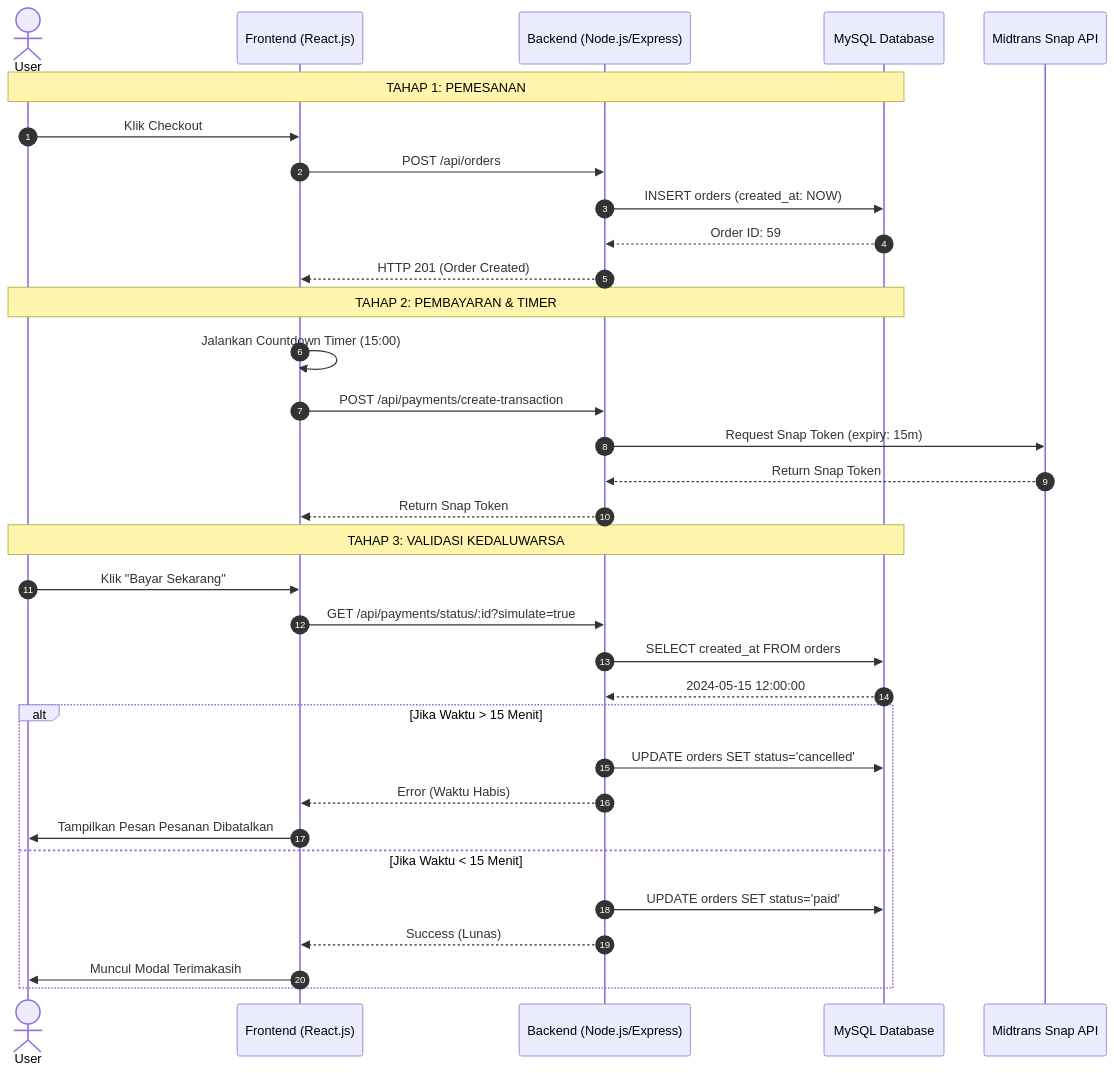
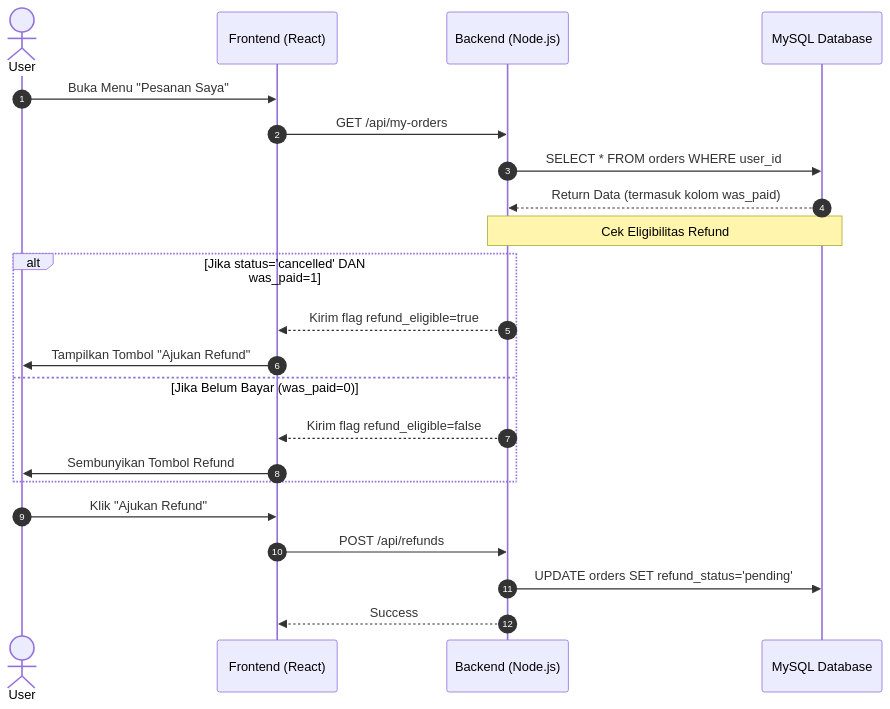
Before and after one commit to AkbarHusaini/website-reservasi-online-Ineri-suki: the third of 3 diagrams in DIAGRAM.md, drawn with Mermaid. The commit also changed other lines of this file, not shown here.

Commit message:
docs: final update for all UML diagrams (Skripsi edition)

````diff
--- a/DIAGRAM.md
+++ b/DIAGRAM.md
@@ -77,40 +83,27 @@
 ```mermaid
 sequenceDiagram
     autonumber
     actor User
-    participant FE as Frontend (React.js)
-    participant BE as Backend (Node.js/Express)
+    participant FE as Frontend (React)
+    participant BE as Backend (Node.js)
     participant DB as MySQL Database
-    participant PG as Midtrans Snap API
 
-    Note over User, DB: TAHAP 1: PEMESANAN
-    User->>FE: Klik Checkout
-    FE->>BE: POST /api/orders
-    BE->>DB: INSERT orders (created_at: NOW)
-    DB-->>BE: Order ID: 59
-    BE-->>FE: HTTP 201 (Order Created)
+    User->>FE: Buka Menu "Pesanan Saya"
+    FE->>BE: GET /api/my-orders
+    BE->>DB: SELECT * FROM orders WHERE user_id
+    DB-->>BE: Return Data (termasuk kolom was_paid)
+    
+    Note over BE, DB: Cek Eligibilitas Refund
+    alt Jika status='cancelled' DAN was_paid=1
+        BE-->>FE: Kirim flag refund_eligible=true
+        FE->>User: Tampilkan Tombol "Ajukan Refund"
+    else Jika Belum Bayar (was_paid=0)
+        BE-->>FE: Kirim flag refund_eligible=false
+        FE->>User: Sembunyikan Tombol Refund
+    end
 
-    Note over User, DB: TAHAP 2: PEMBAYARAN & TIMER
-    FE->>FE: Jalankan Countdown Timer (15:00)
-    FE->>BE: POST /api/payments/create-transaction
-    BE->>PG: Request Snap Token (expiry: 15m)
-    PG-->>BE: Return Snap Token
-    BE-->>FE: Return Snap Token
-
-    Note over User, DB: TAHAP 3: VALIDASI KEDALUWARSA
-    User->>FE: Klik "Bayar Sekarang"
-    FE->>BE: GET /api/payments/status/:id?simulate=true
-    
-    BE->>DB: SELECT created_at FROM orders
-    DB-->>BE: 2024-05-15 12:00:00
-    
-    alt Jika Waktu > 15 Menit
-        BE->>DB: UPDATE orders SET status='cancelled'
-        BE-->>FE: Error (Waktu Habis)
-        FE->>User: Tampilkan Pesan Pesanan Dibatalkan
-    else Jika Waktu < 15 Menit
-        BE->>DB: UPDATE orders SET status='paid'
-        BE-->>FE: Success (Lunas)
-        FE->>User: Muncul Modal Terimakasih
-    end
+    User->>FE: Klik "Ajukan Refund"
+    FE->>BE: POST /api/refunds
+    BE->>DB: UPDATE orders SET refund_status='pending'
+    BE-->>FE: Success
 ```
````
